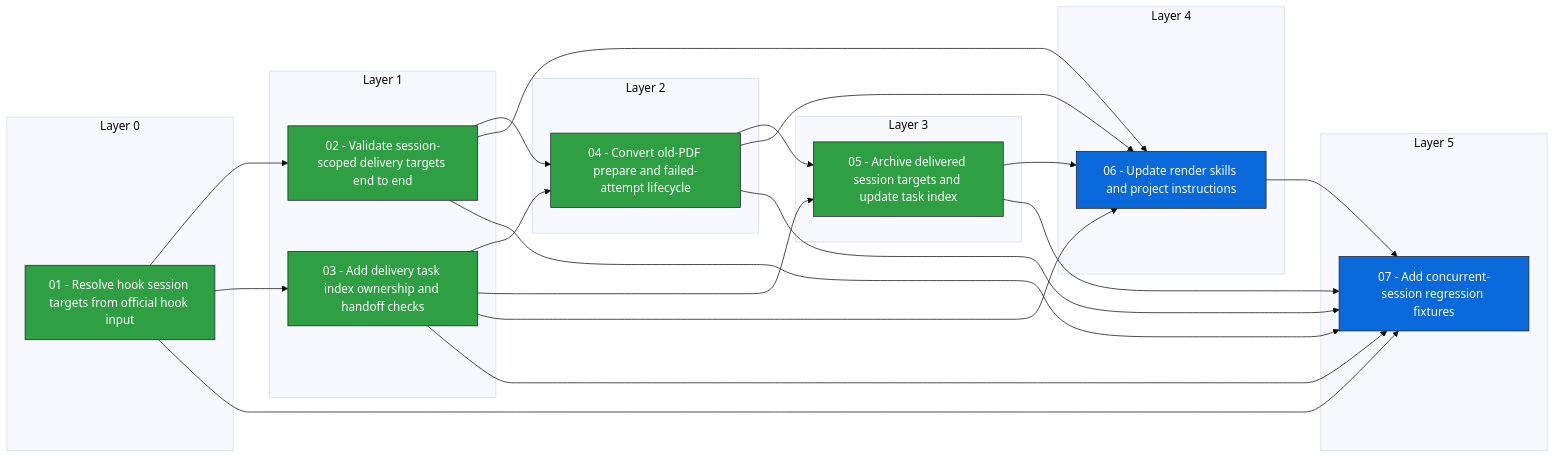
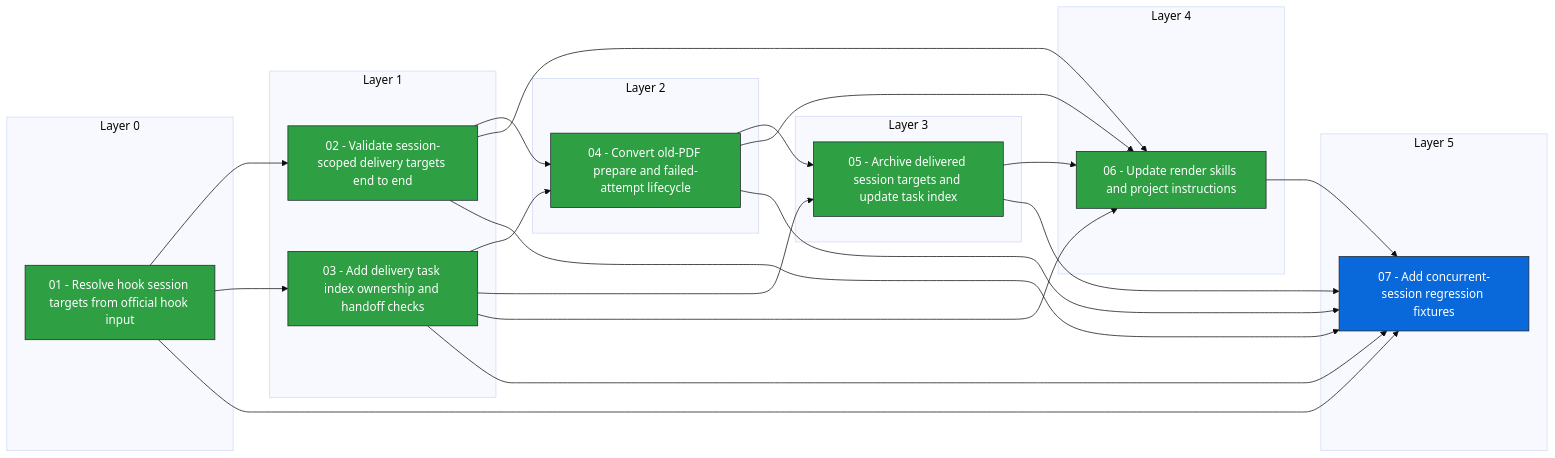
Before and after one commit to Nishijujuba/video2pdf: the diagram in docs/issues/_views/session-scoped-final-delivery-guard-dependencies.md, drawn with Mermaid (base theme). The commit also changed other lines of this file and 13 other files, not shown here.

````diff
--- a/docs/issues/_views/session-scoped-final-delivery-guard-dependencies.md
+++ b/docs/issues/_views/session-scoped-final-delivery-guard-dependencies.md
@@ -24,54 +24,54 @@
 ```mermaid
 flowchart LR
   subgraph layer_0["Layer 0"]
     n_01_resolve_hook_session_targets_from_official_hook_input["01 - Resolve hook session targets from official hook input"]
   end
   subgraph layer_1["Layer 1"]
     n_02_validate_session_scoped_delivery_targets_end_to_end["02 - Validate session-scoped delivery targets end to end"]
     n_03_add_delivery_task_index_ownership_and_handoff_checks["03 - Add delivery task index ownership and handoff checks"]
   end
   subgraph layer_2["Layer 2"]
     n_04_convert_old_pdf_prepare_and_failed_attempt_lifecycle["04 - Convert old-PDF prepare and failed-attempt lifecycle"]
   end
   subgraph layer_3["Layer 3"]
     n_05_archive_delivered_session_targets_and_update_task_index["05 - Archive delivered session targets and update task index"]
   end
   subgraph layer_4["Layer 4"]
     n_06_update_render_skills_and_project_instructions["06 - Update render skills and project instructions"]
   end
   subgraph layer_5["Layer 5"]
     n_07_add_concurrent_session_regression_fixtures["07 - Add concurrent-session regression fixtures"]
   end
   n_01_resolve_hook_session_targets_from_official_hook_input --> n_02_validate_session_scoped_delivery_targets_end_to_end
   n_01_resolve_hook_session_targets_from_official_hook_input --> n_03_add_delivery_task_index_ownership_and_handoff_checks
   n_02_validate_session_scoped_delivery_targets_end_to_end --> n_04_convert_old_pdf_prepare_and_failed_attempt_lifecycle
   n_03_add_delivery_task_index_ownership_and_handoff_checks --> n_04_convert_old_pdf_prepare_and_failed_attempt_lifecycle
   n_03_add_delivery_task_index_ownership_and_handoff_checks --> n_05_archive_delivered_session_targets_and_update_task_index
   n_04_convert_old_pdf_prepare_and_failed_attempt_lifecycle --> n_05_archive_delivered_session_targets_and_update_task_index
   n_02_validate_session_scoped_delivery_targets_end_to_end --> n_06_update_render_skills_and_project_instructions
   n_03_add_delivery_task_index_ownership_and_handoff_checks --> n_06_update_render_skills_and_project_instructions
   n_04_convert_old_pdf_prepare_and_failed_attempt_lifecycle --> n_06_update_render_skills_and_project_instructions
   n_05_archive_delivered_session_targets_and_update_task_index --> n_06_update_render_skills_and_project_instructions
   n_01_resolve_hook_session_targets_from_official_hook_input --> n_07_add_concurrent_session_regression_fixtures
   n_02_validate_session_scoped_delivery_targets_end_to_end --> n_07_add_concurrent_session_regression_fixtures
   n_03_add_delivery_task_index_ownership_and_handoff_checks --> n_07_add_concurrent_session_regression_fixtures
   n_04_convert_old_pdf_prepare_and_failed_attempt_lifecycle --> n_07_add_concurrent_session_regression_fixtures
   n_05_archive_delivered_session_targets_and_update_task_index --> n_07_add_concurrent_session_regression_fixtures
   n_06_update_render_skills_and_project_instructions --> n_07_add_concurrent_session_regression_fixtures
   class n_01_resolve_hook_session_targets_from_official_hook_input done
   class n_02_validate_session_scoped_delivery_targets_end_to_end done
   class n_03_add_delivery_task_index_ownership_and_handoff_checks done
   class n_04_convert_old_pdf_prepare_and_failed_attempt_lifecycle done
   class n_05_archive_delivered_session_targets_and_update_task_index done
-  class n_06_update_render_skills_and_project_instructions ready_for_agent
+  class n_06_update_render_skills_and_project_instructions done
   class n_07_add_concurrent_session_regression_fixtures ready_for_agent
   classDef done fill:#2ea043,stroke:#1f2328,color:#ffffff
   classDef ready_for_agent fill:#0969da,stroke:#1f2328,color:#ffffff
   classDef ready_for_human fill:#8250df,stroke:#1f2328,color:#ffffff
   classDef in_progress fill:#d4a72c,stroke:#1f2328,color:#ffffff
   classDef blocked fill:#cf222e,stroke:#1f2328,color:#ffffff
   classDef in_review fill:#bc4c00,stroke:#1f2328,color:#ffffff
   classDef needs_info fill:#8c959f,stroke:#1f2328,color:#ffffff
   classDef needs_triage fill:#d0d7de,stroke:#1f2328,color:#ffffff
   classDef wontfix fill:#57606a,stroke:#1f2328,color:#ffffff
 ```
````
